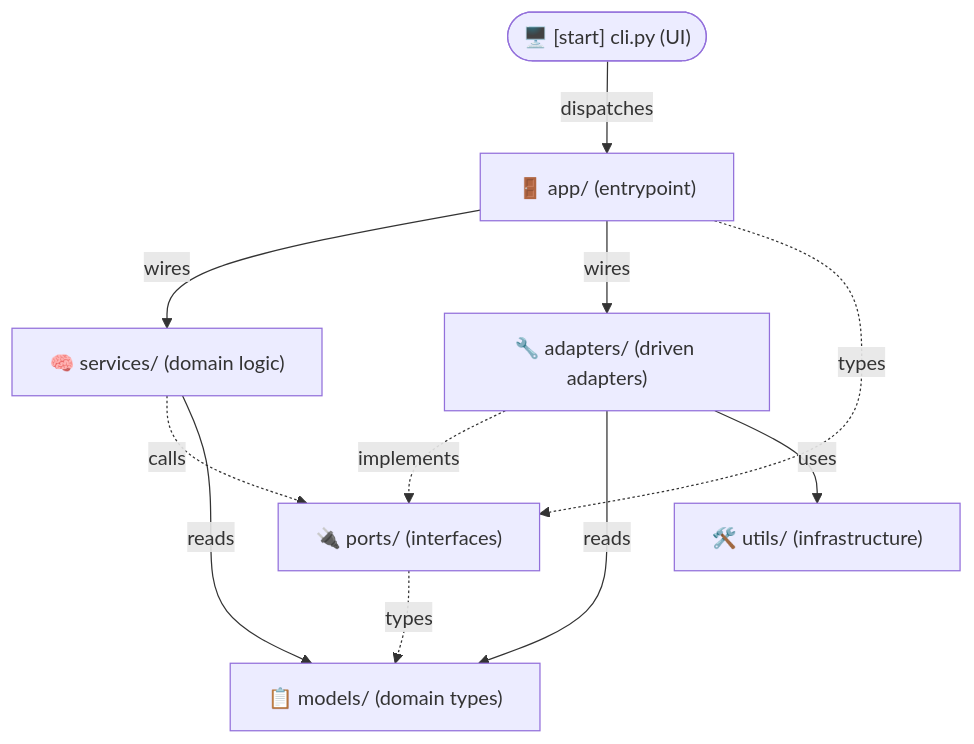
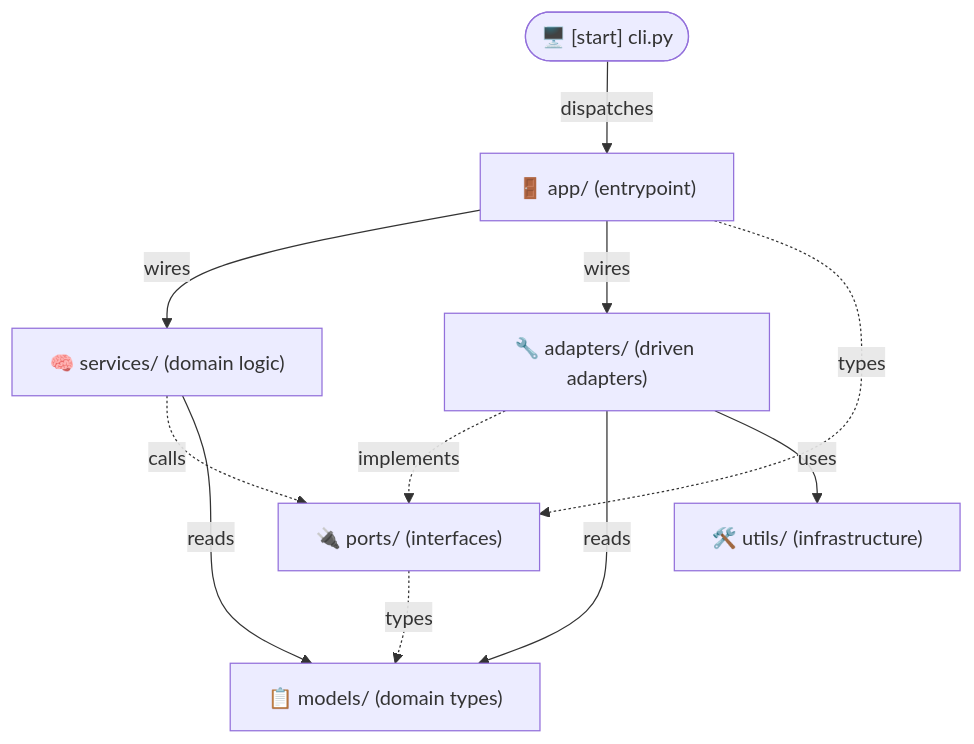
Before and after one commit to BinaryBand/scop-demo: the first of 3 diagrams in docs/ARCHITECTURE.md, drawn with Mermaid. The commit also changed other lines of this file and 3 other files, not shown here.

Commit message:
refactor: clean up import-linter configuration, update architecture documentation, and rename test function for clarity

````diff
--- a/docs/ARCHITECTURE.md
+++ b/docs/ARCHITECTURE.md
@@ -21,21 +21,21 @@
 ```mermaid
 graph TD
-    CLI(["🖥️ [start] cli.py (UI)"])
+    CLI(["🖥️ [start] cli.py"])
     App["🚪 app/ (entrypoint)"]
     Services["🧠 services/ (domain logic)"]
     Ports["🔌 ports/ (interfaces)"]
     Adapters["🔧 adapters/ (driven adapters)"]
     Models["📋 models/ (domain types)"]
     Utils["🛠️ utils/ (infrastructure)"]
 
     CLI -->|"dispatches"| App
     App -->|"wires"| Services
     App -->|"wires"| Adapters
     App -.->|"types"| Ports
     Services -.->|"calls"| Ports
     Services -->|"reads"| Models
     Adapters -.->|"implements"| Ports
     Adapters -->|"reads"| Models
     Adapters -->|"uses"| Utils
     Ports -.->|"types"| Models
 ```
````
